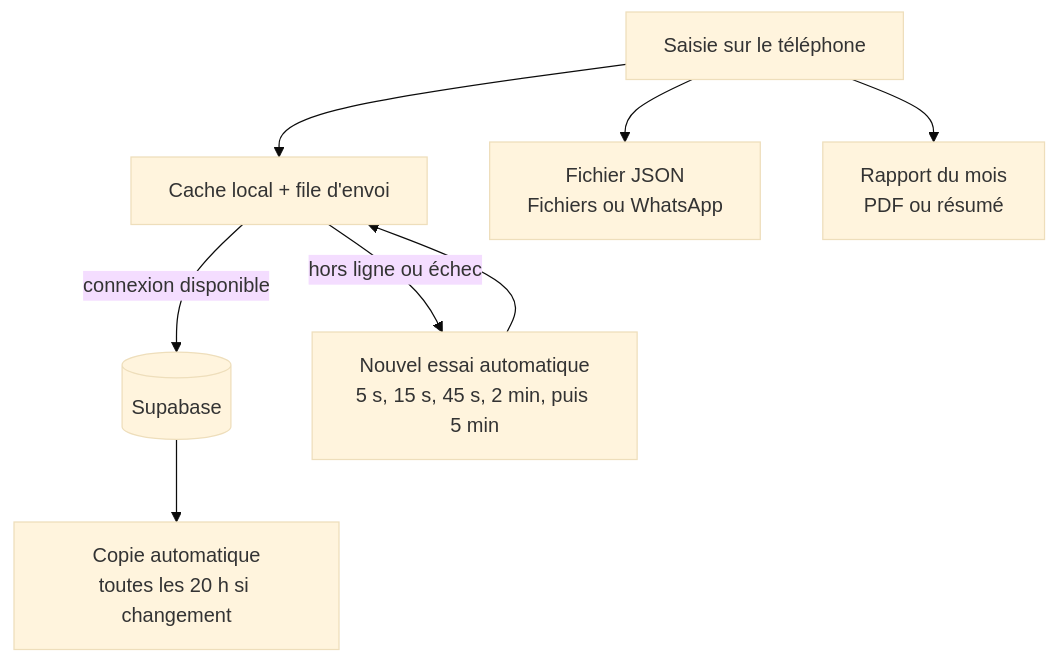
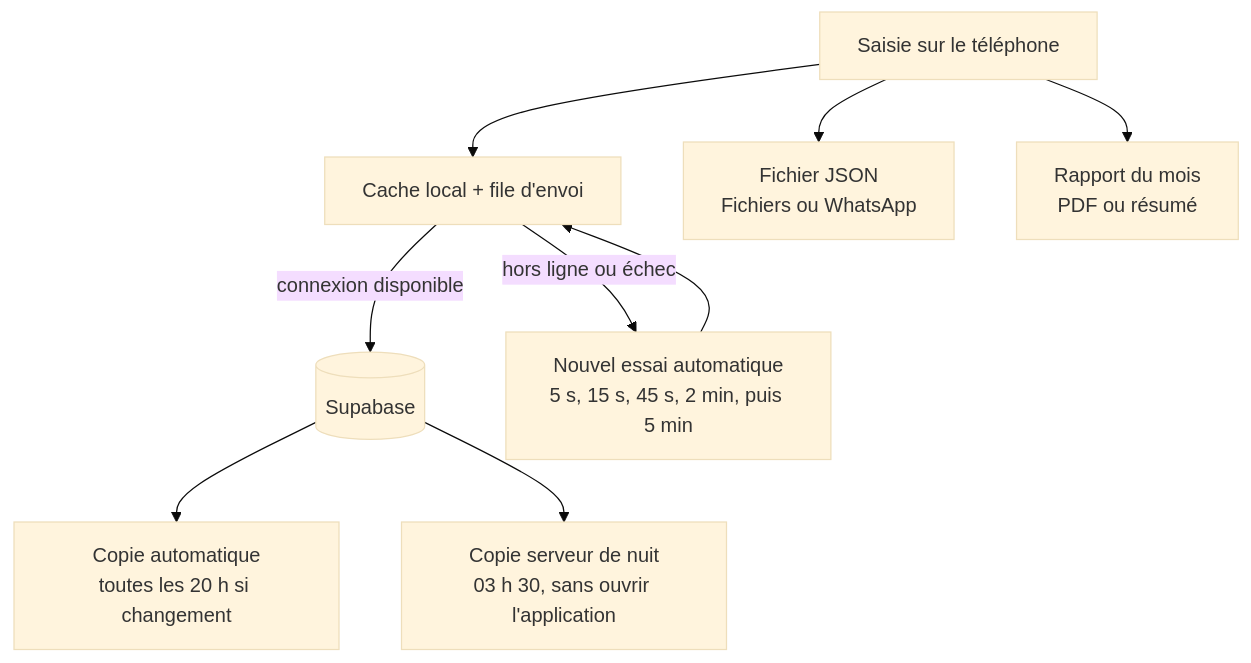
The second of 2 diagrams in README.md (Ckp21/carnet-depenses), drawn with Mermaid (base theme) before and after one commit. The commit also changed other lines of this file and 19 other files, not shown here.

````diff
--- a/README.md
+++ b/README.md
@@ -112,10 +129,11 @@
 ```mermaid
 flowchart TD
   A[Saisie sur le téléphone] --> B[Cache local + file d'envoi]
   B -->|connexion disponible| C[(Supabase)]
   B -->|hors ligne ou échec| D[Nouvel essai automatique<br/>5 s, 15 s, 45 s, 2 min, puis 5 min]
   D --> B
   C --> E[Copie automatique<br/>toutes les 20 h si changement]
+  C --> H[Copie serveur de nuit<br/>03 h 30, sans ouvrir l'application]
   A --> F[Fichier JSON<br/>Fichiers ou WhatsApp]
   A --> G[Rapport du mois<br/>PDF ou résumé]
 ```
````
